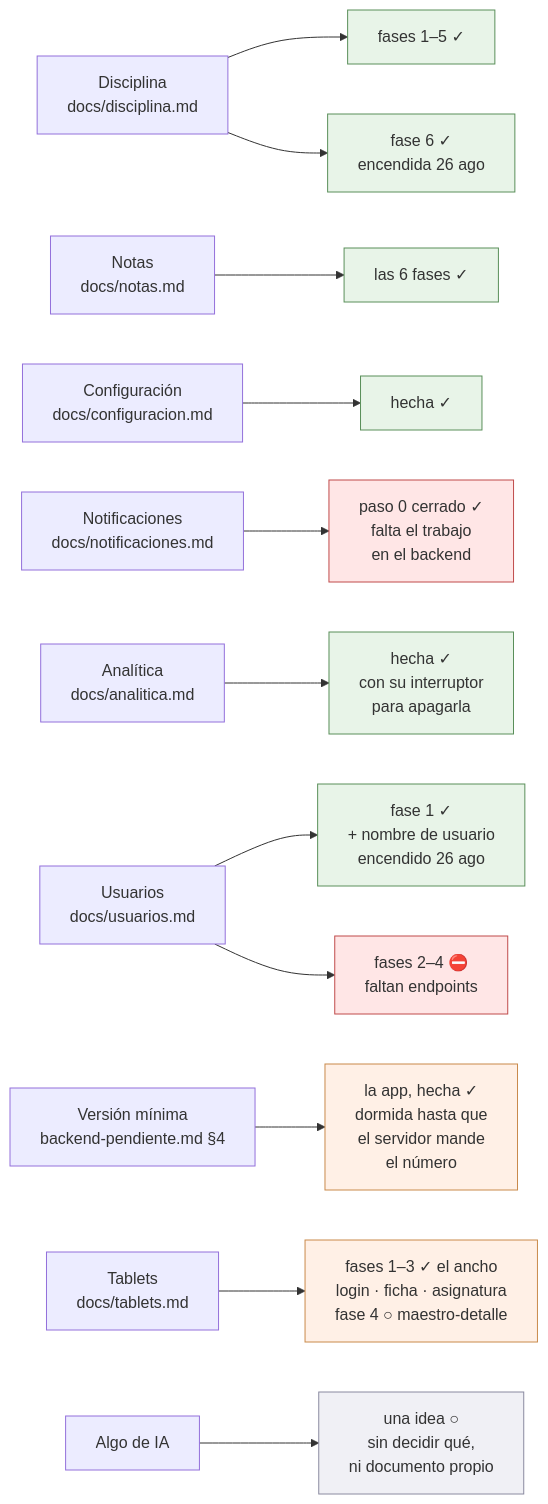
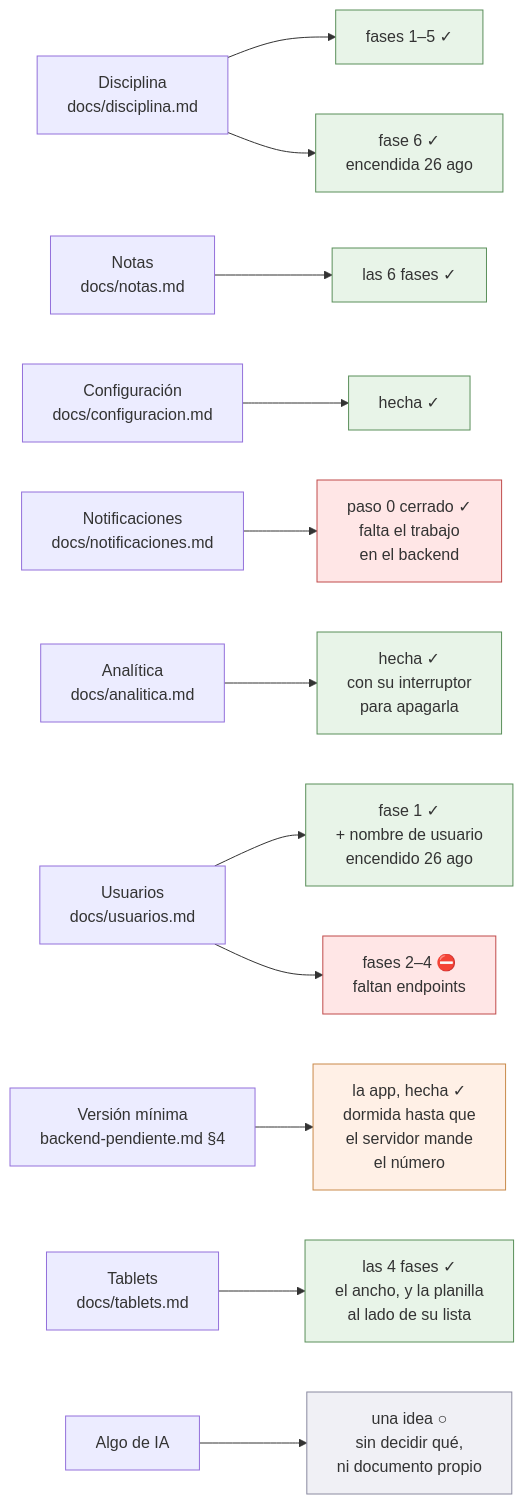
One commit to bluesky777/myvc_flutter changed the diagram in docs/estado.md. Above: the diagram before and after it, drawn with Mermaid. The commit also changed other lines of this file and 5 other files, not shown here.

First line of the commit message:
feat(tablets): maestro-detalle — la planilla al lado de su lista

````diff
--- a/docs/estado.md
+++ b/docs/estado.md
@@ -40,26 +40,26 @@
 ```mermaid
 flowchart LR
     D["Disciplina<br/>docs/disciplina.md"] --> D5["fases 1–5 ✓"]
     D --> D6["fase 6 ✓<br/>encendida 26 ago"]
     N["Notas<br/>docs/notas.md"] --> N4["las 6 fases ✓"]
     C["Configuración<br/>docs/configuracion.md"] --> C0["hecha ✓"]
     P["Notificaciones<br/>docs/notificaciones.md"] --> P0["paso 0 cerrado ✓<br/>falta el trabajo<br/>en el backend"]
     A["Analítica<br/>docs/analitica.md"] --> A0["hecha ✓<br/>con su interruptor<br/>para apagarla"]
     U["Usuarios<br/>docs/usuarios.md"] --> U1["fase 1 ✓<br/>+ nombre de usuario<br/>encendido 26 ago"]
     U --> U2["fases 2–4 ⛔<br/>faltan endpoints"]
     V["Versión mínima<br/>backend-pendiente.md §4"] --> V1["la app, hecha ✓<br/>dormida hasta que<br/>el servidor mande<br/>el número"]
-    T["Tablets<br/>docs/tablets.md"] --> T0["fases 1–3 ✓ el ancho<br/>login · ficha · asignatura<br/>fase 4 ○ maestro-detalle"]
+    T["Tablets<br/>docs/tablets.md"] --> T0["las 4 fases ✓<br/>el ancho, y la planilla<br/>al lado de su lista"]
     I["Algo de IA"] --> I0["una idea ○<br/>sin decidir qué,<br/>ni documento propio"]
 
     style D5 fill:#e8f4e8,stroke:#5a8f5a
     style N4 fill:#e8f4e8,stroke:#5a8f5a
     style D6 fill:#e8f4e8,stroke:#5a8f5a
     style P0 fill:#ffe6e6,stroke:#c04b4b
     style C0 fill:#e8f4e8,stroke:#5a8f5a
     style A0 fill:#e8f4e8,stroke:#5a8f5a
     style U1 fill:#e8f4e8,stroke:#5a8f5a
     style U2 fill:#ffe6e6,stroke:#c04b4b
     style V1 fill:#fff0e6,stroke:#c98a4b
-    style T0 fill:#fff0e6,stroke:#c98a4b
+    style T0 fill:#e8f4e8,stroke:#5a8f5a
     style I0 fill:#f0f0f5,stroke:#8a8aa0
 ```
````
